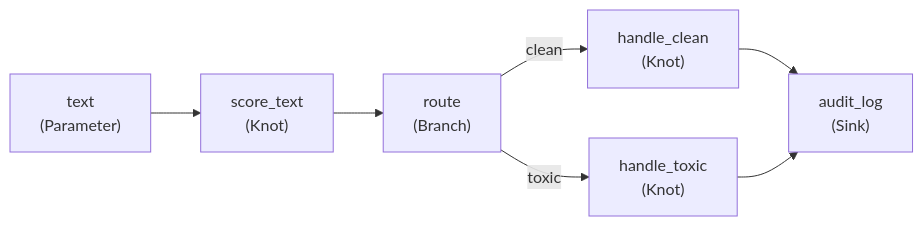
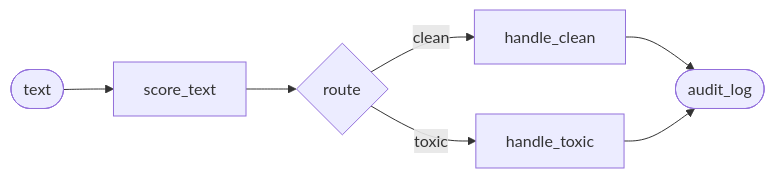
One commit to snoodleboot-io/pirn changed the diagram in docs/getting-started/first-pipeline.md. Above: the diagram before and after it, drawn with Mermaid. The commit also changed 2 other files, not shown here.

Commit message:
fix: validate all mermaid diagrams with CLI - remove br/ tags, simplify node shapes

````diff
--- a/docs/getting-started/first-pipeline.md
+++ b/docs/getting-started/first-pipeline.md
@@ -18,16 +18,16 @@
 ```mermaid
 graph LR
-    text["text<br/>(Parameter)"]
-    score["score_text<br/>(Knot)"]
-    route["route<br/>(Branch)"]
-    handle_ok["handle_clean<br/>(Knot)"]
-    handle_toxic["handle_toxic<br/>(Knot)"]
-    audit["audit_log<br/>(Sink)"]
+    text([text])
+    score[score_text]
+    route{route}
+    handle_ok[handle_clean]
+    handle_toxic[handle_toxic]
+    audit([audit_log])
 
     text --> score
     score --> route
     route -->|clean| handle_ok
     route -->|toxic| handle_toxic
     handle_ok --> audit
     handle_toxic --> audit
 ```
````
